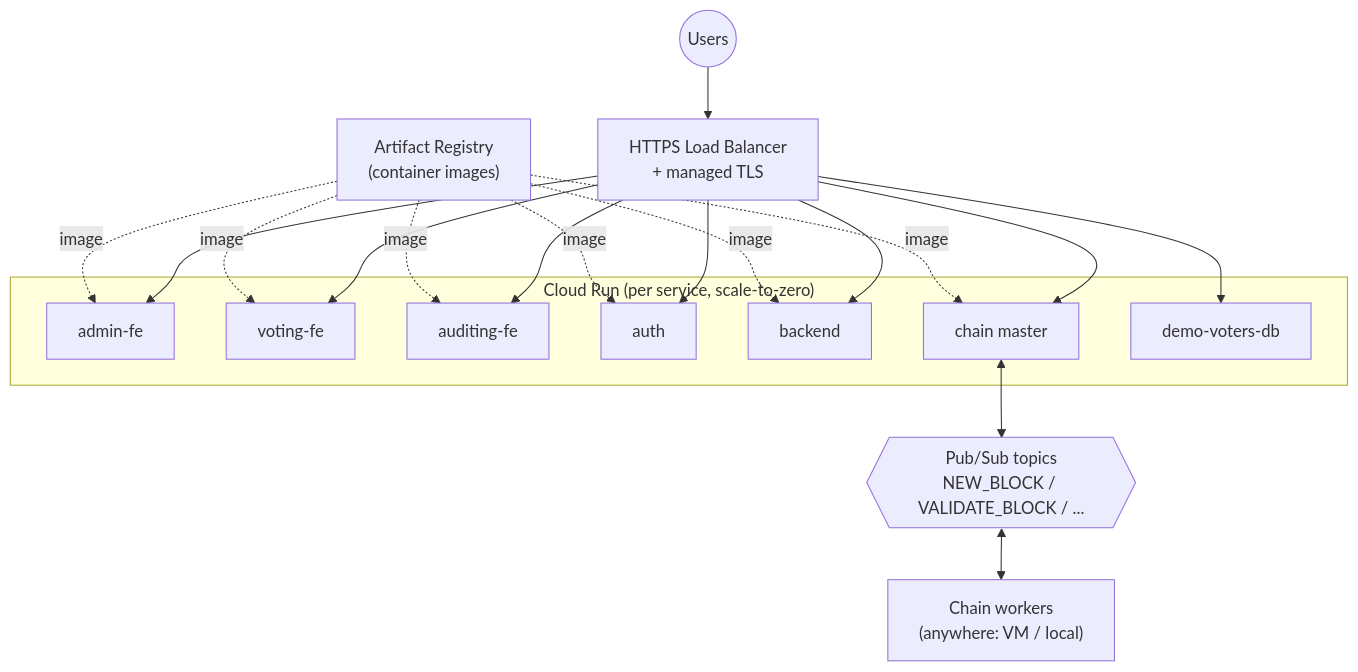
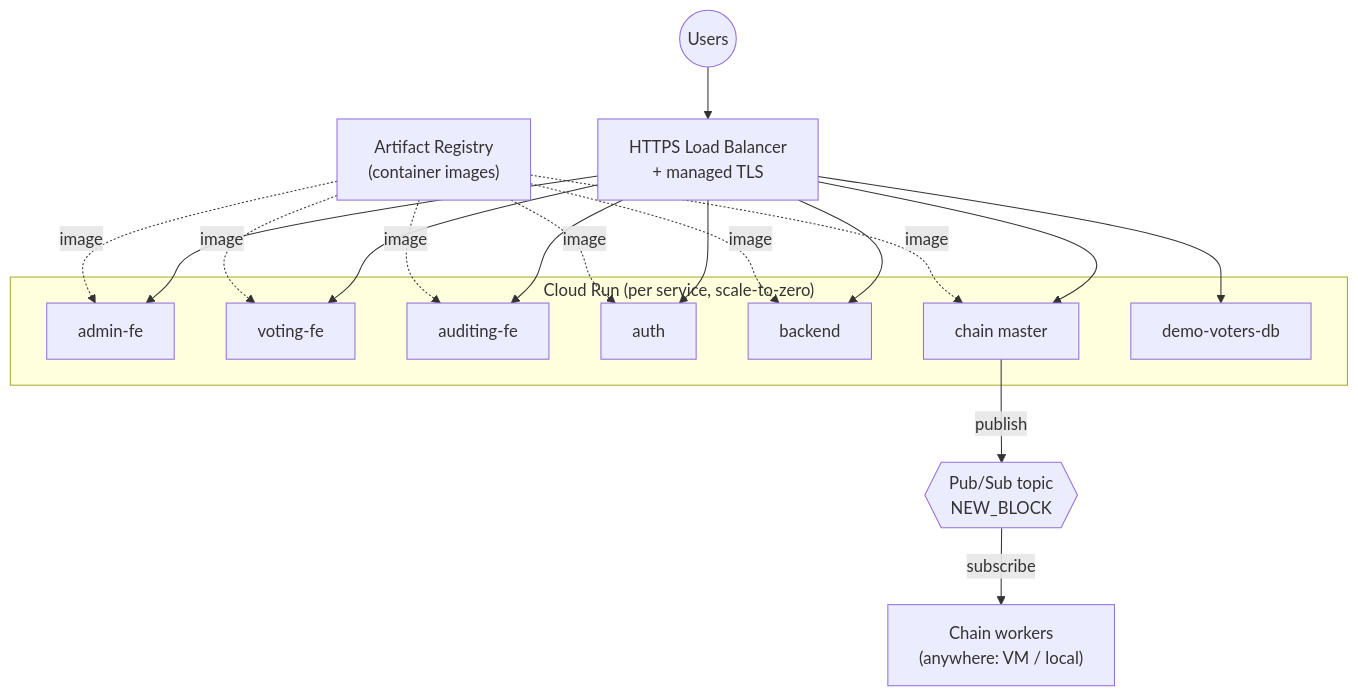
Before and after one commit to irumvanselme/ToraChain: the diagram in docs/infrastructure.md, drawn with Mermaid. The commit also changed other lines of this file and 17 other files, not shown here.

Commit message:
feat: refactor master and worker nodes to simplify Pub/Sub architecture and remove pBFT consensus logic

````diff
--- a/docs/infrastructure.md
+++ b/docs/infrastructure.md
@@ -9,23 +9,23 @@
 ```mermaid
 flowchart TB
     users(("Users"))
     lb["HTTPS Load Balancer<br/>+ managed TLS"]
 
     subgraph "Cloud Run (per service, scale-to-zero)"
         admincr["admin-fe"]
         votingcr["voting-fe"]
         auditcr["auditing-fe"]
         authcr["auth"]
         apicr["backend"]
         nodecr["chain master"]
         votersdb["demo-voters-db"]
     end
 
     ar["Artifact Registry<br/>(container images)"]
-    psub{{"Pub/Sub topics<br/>NEW_BLOCK / VALIDATE_BLOCK / ..."}}
+    psub{{"Pub/Sub topic<br/>NEW_BLOCK"}}
     workers["Chain workers<br/>(anywhere: VM / local)"]
 
     users --> lb --> admincr & votingcr & auditcr & authcr & apicr & nodecr & votersdb
     ar -.image.-> admincr & votingcr & auditcr & authcr & apicr & nodecr
-    nodecr <--> psub <--> workers
+    nodecr -->|publish| psub -->|subscribe| workers
 ```
````
